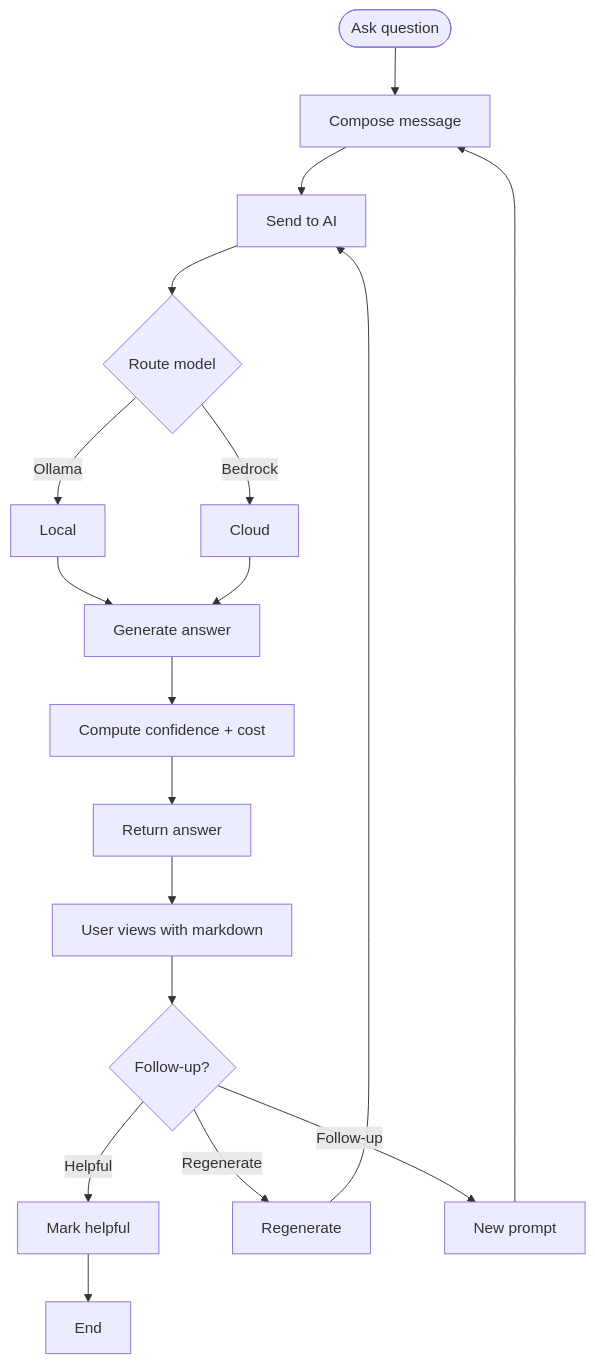
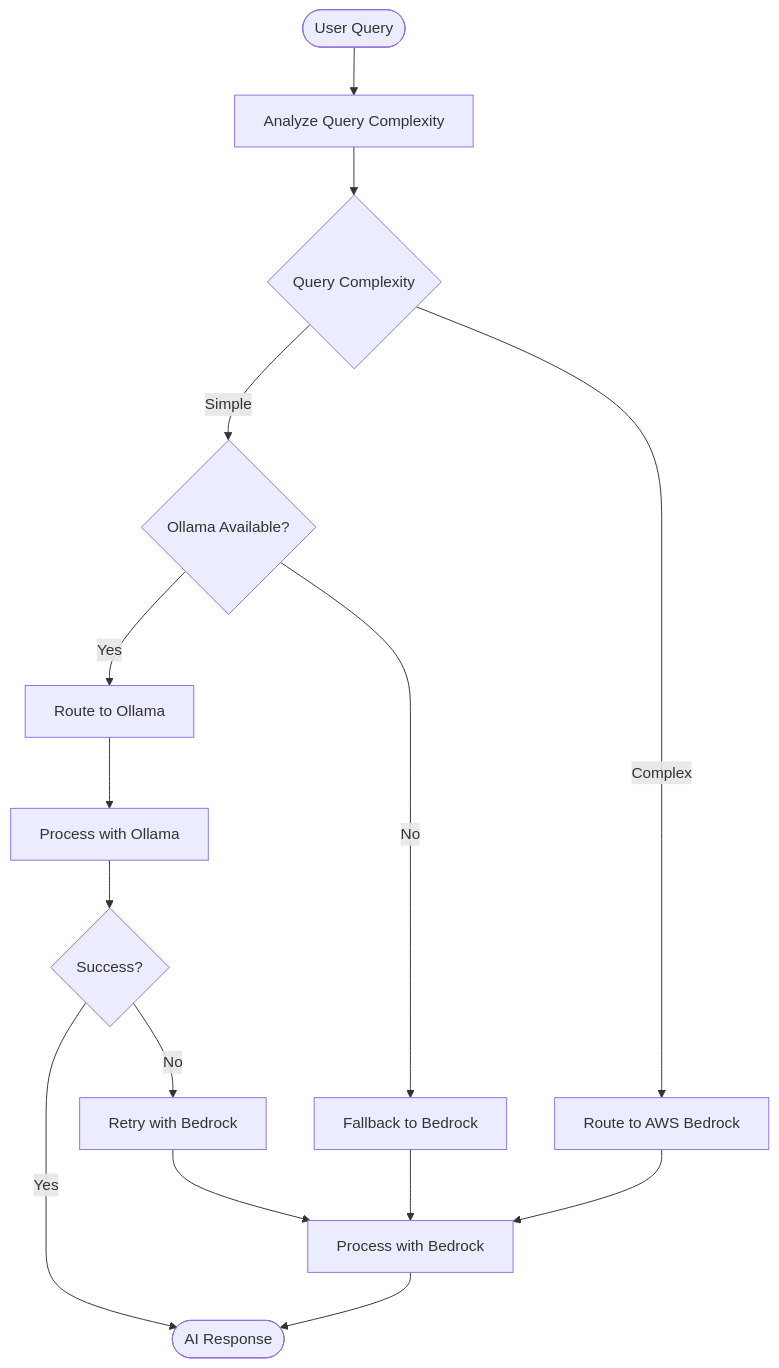
Before and after one commit to exatfrds67/umamusume-career-planner: the third of 10 diagrams in docs/01-user-flows/UF-007_AI_Advisor_Journey.md, drawn with Mermaid. The commit also changed other lines of this file and 67 other files, not shown here.

````diff
--- a/docs/01-user-flows/UF-007_AI_Advisor_Journey.md
+++ b/docs/01-user-flows/UF-007_AI_Advisor_Journey.md
@@ -27,20 +306,23 @@
 ```mermaid
 flowchart TD
-    Start([Ask question]) --> Compose[Compose message]
-    Compose --> Send[Send to AI]
-    Send --> Route{Route model}
-    Route -->|Ollama| Local
-    Route -->|Bedrock| Cloud
-    Local --> Generate[Generate answer]
-    Cloud --> Generate
-    Generate --> Score[Compute confidence + cost]
-    Score --> Deliver[Return answer]
-    Deliver --> UserView[User views with markdown]
-    UserView --> Actions{Follow-up?}
-    Actions -->|Helpful| FeedbackPos[Mark helpful]
-    Actions -->|Regenerate| ReAsk[Regenerate]
-    Actions -->|Follow-up| NewQuestion[New prompt]
-    FeedbackPos --> End
-    ReAsk --> Send
-    NewQuestion --> Compose
+    Query([User Query]) --> Analyze[Analyze Query Complexity]
+    
+    Analyze --> Classify{Query Complexity}
+    
+    Classify -->|Simple| CheckOllama{Ollama Available?}
+    Classify -->|Complex| DirectBedrock[Route to AWS Bedrock]
+    
+    CheckOllama -->|Yes| OllamaRoute[Route to Ollama]
+    CheckOllama -->|No| FallbackBedrock[Fallback to Bedrock]
+    
+    OllamaRoute --> ProcessOllama[Process with Ollama]
+    DirectBedrock --> ProcessBedrock[Process with Bedrock]
+    FallbackBedrock --> ProcessBedrock
+    
+    ProcessOllama --> CheckSuccess{Success?}
+    CheckSuccess -->|Yes| Response
+    CheckSuccess -->|No| RetryBedrock[Retry with Bedrock]
+    
+    RetryBedrock --> ProcessBedrock
+    ProcessBedrock --> Response([AI Response])
 ```
````
